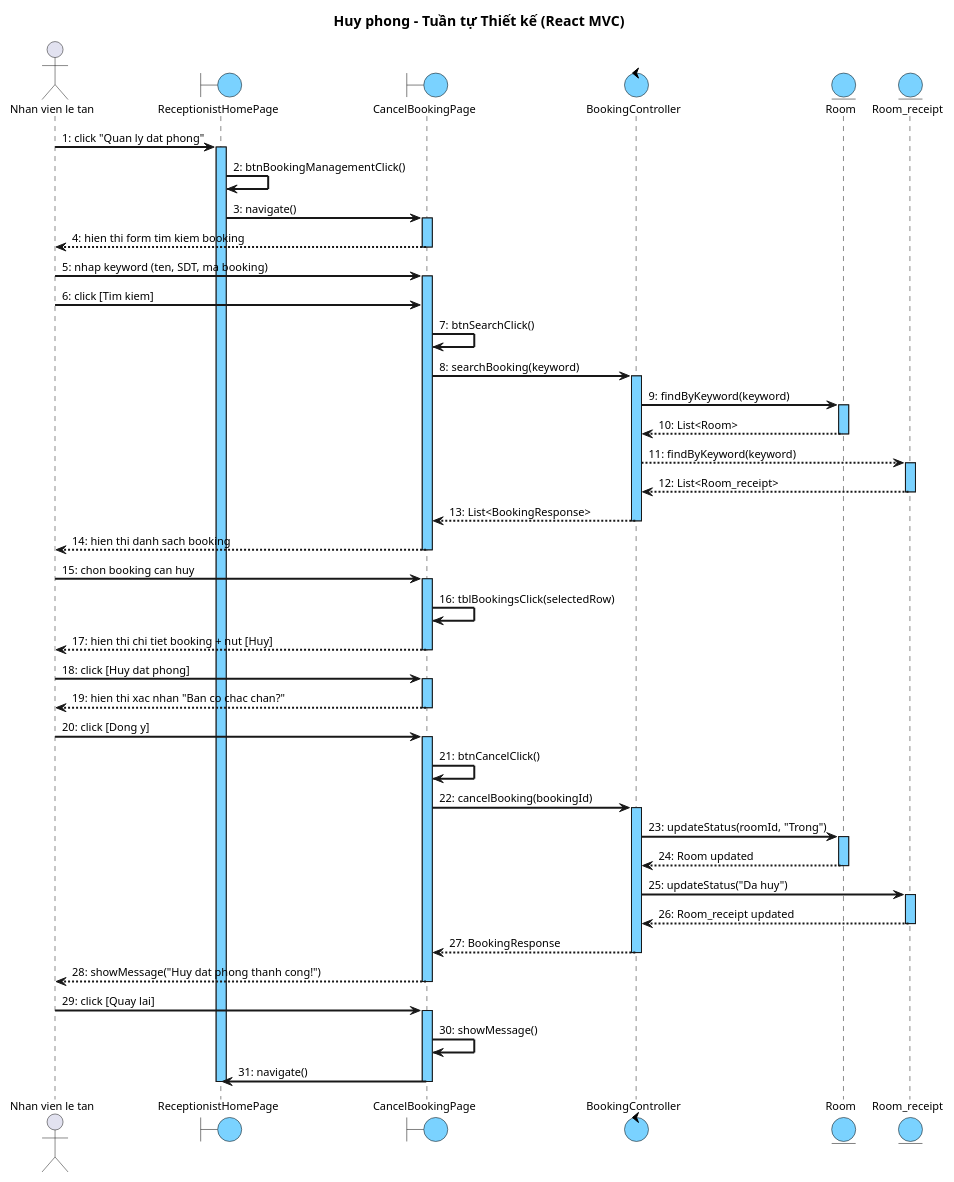
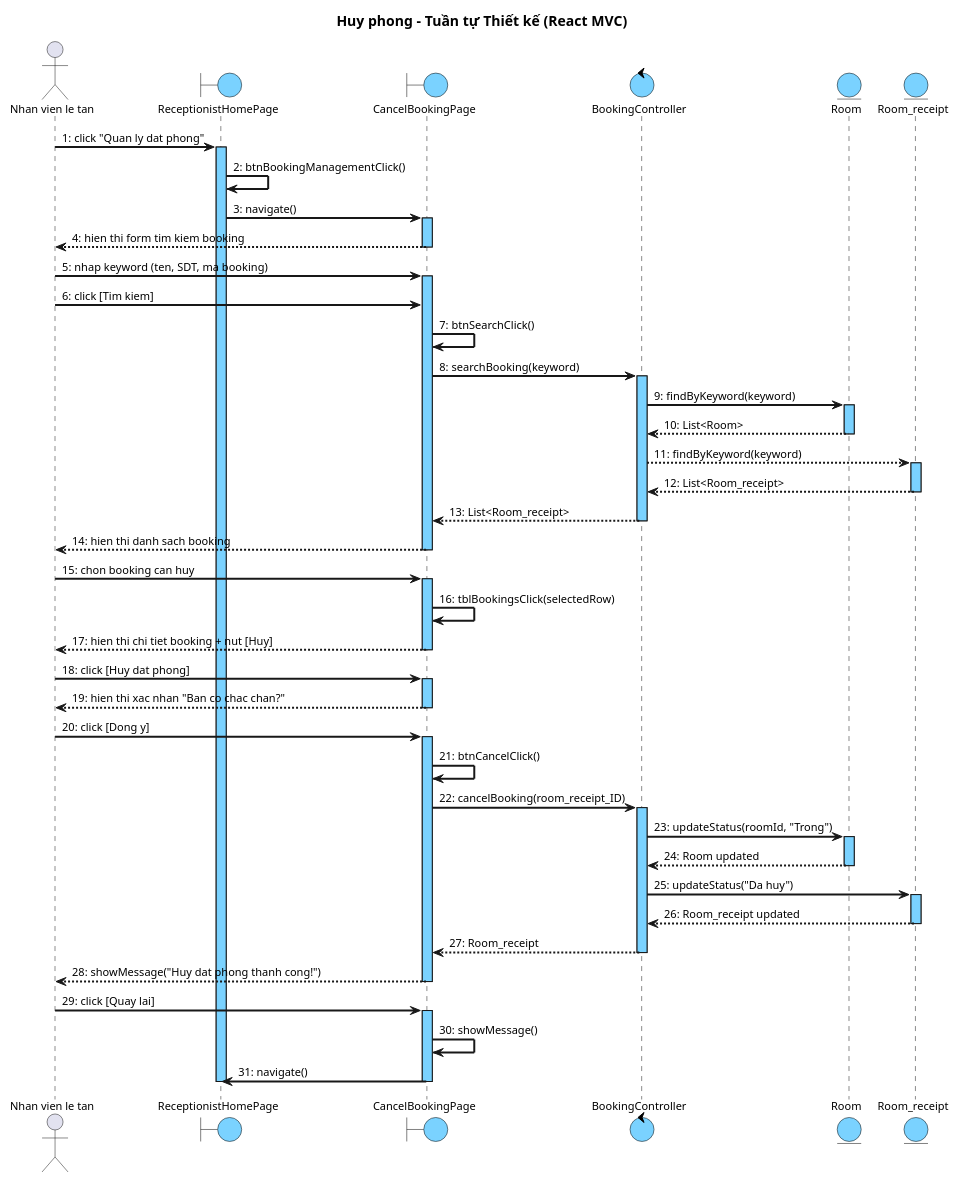
One commit to thanhtrnnn/cnpm changed the fourth of 4 diagrams in docs/tabs/section-booking-iii.4.md. Above: the diagram before and after it, drawn with PlantUML. The commit also changed other lines of this file and 2 other files, not shown here.

First line of the commit message:
fix: bookingId to room_receipt_ID, BookingResponse to Room_receipt

```diff
--- a/docs/tabs/section-booking-iii.4.md
+++ b/docs/tabs/section-booking-iii.4.md
@@ -510,7 +510,7 @@
 activate RR
 RR --> Ctrl : 12: List<Room_receipt>
 deactivate RR
-Ctrl --> CBP : 13: List<BookingResponse>
+Ctrl --> CBP : 13: List<Room_receipt>
 deactivate Ctrl
 CBP --> NV : 14: hien thi danh sach booking
 deactivate CBP
@@ -529,7 +529,7 @@
 NV -> CBP : 20: click [Dong y]
 activate CBP
 CBP -> CBP : 21: btnCancelClick()
-CBP -> Ctrl : 22: cancelBooking(bookingId)
+CBP -> Ctrl : 22: cancelBooking(room_receipt_ID)
 activate Ctrl
 Ctrl -> Room : 23: updateStatus(roomId, "Trong")
 activate Room
@@ -539,7 +539,7 @@
 activate RR
 RR --> Ctrl : 26: Room_receipt updated
 deactivate RR
-Ctrl --> CBP : 27: BookingResponse
+Ctrl --> CBP : 27: Room_receipt
 deactivate Ctrl
 CBP --> NV : 28: showMessage("Huy dat phong thanh cong!")
 deactivate CBP
```
